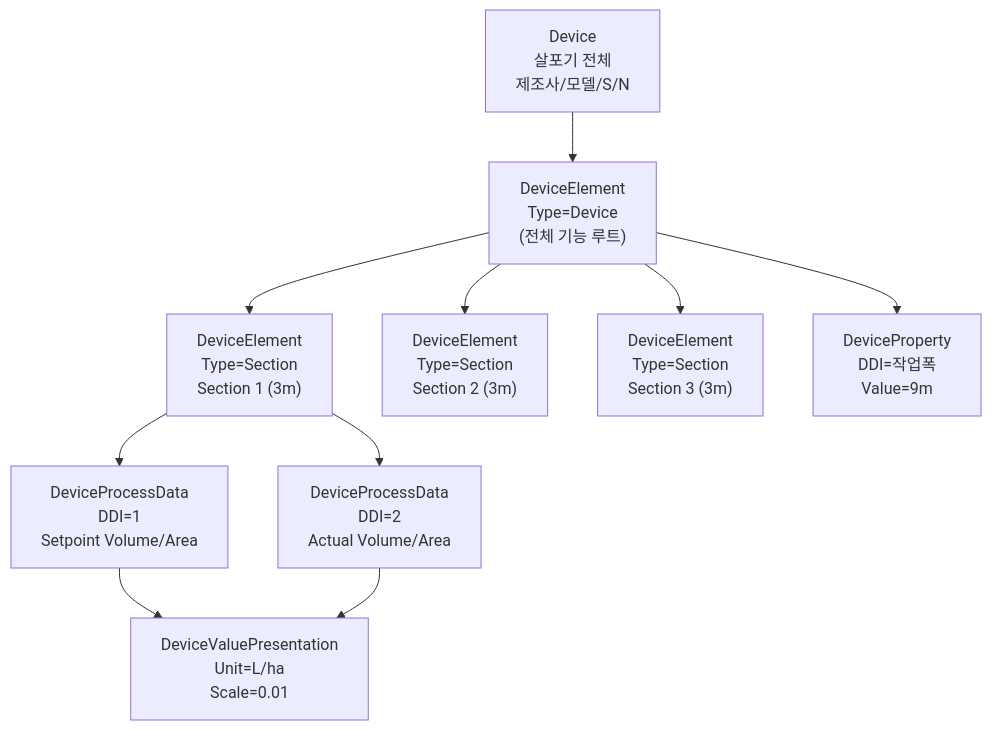
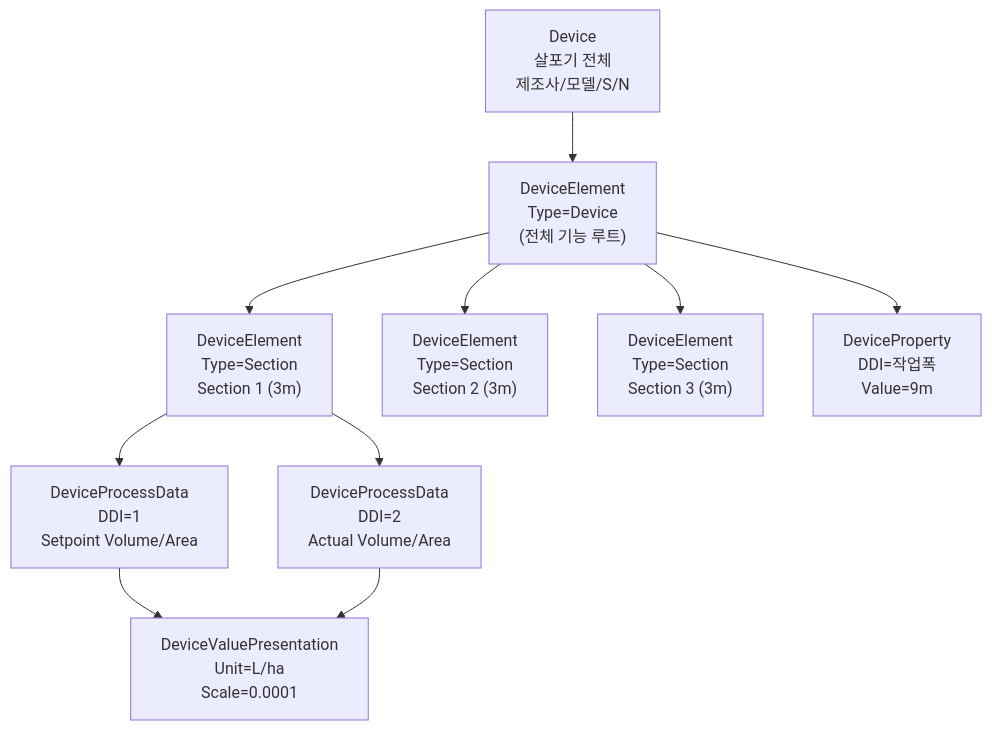
The first of 3 diagrams in docs/_study/isobus/20-tc-ddop.md (hobeen-kim/hobeen-kim.github.io), drawn with Mermaid before and after one commit. The commit also changed other lines of this file and 232 other files, not shown here.

````diff
--- a/docs/_study/isobus/20-tc-ddop.md
+++ b/docs/_study/isobus/20-tc-ddop.md
@@ -48,26 +51,26 @@
 ```mermaid
 graph TD
     DVC["Device<br>살포기 전체<br>제조사/모델/S/N"]
 
     DE_ROOT["DeviceElement<br>Type=Device<br>(전체 기능 루트)"]
     DE_SEC1["DeviceElement<br>Type=Section<br>Section 1 (3m)"]
     DE_SEC2["DeviceElement<br>Type=Section<br>Section 2 (3m)"]
     DE_SEC3["DeviceElement<br>Type=Section<br>Section 3 (3m)"]
 
     DPD_SP["DeviceProcessData<br>DDI=1<br>Setpoint Volume/Area"]
     DPD_MS["DeviceProcessData<br>DDI=2<br>Actual Volume/Area"]
 
     DPROP["DeviceProperty<br>DDI=작업폭<br>Value=9m"]
 
-    DVP["DeviceValuePresentation<br>Unit=L/ha<br>Scale=0.01"]
+    DVP["DeviceValuePresentation<br>Unit=L/ha<br>Scale=0.0001"]
 
     DVC --> DE_ROOT
     DE_ROOT --> DE_SEC1
     DE_ROOT --> DE_SEC2
     DE_ROOT --> DE_SEC3
     DE_SEC1 --> DPD_SP
     DE_SEC1 --> DPD_MS
     DE_ROOT --> DPROP
     DPD_SP --> DVP
     DPD_MS --> DVP
 ```
````
